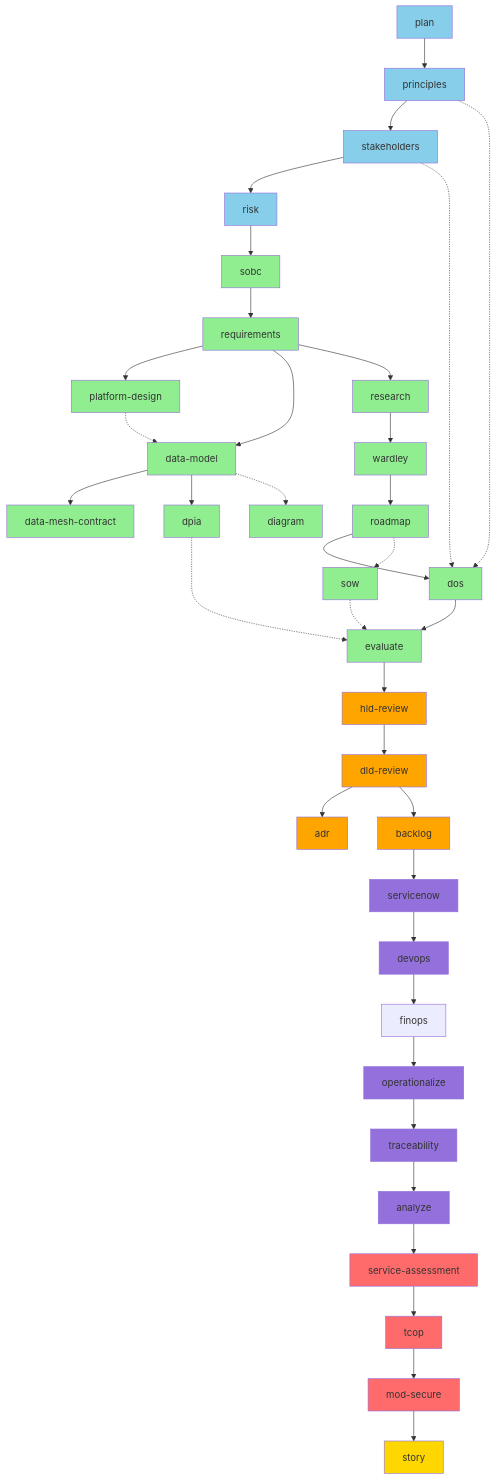
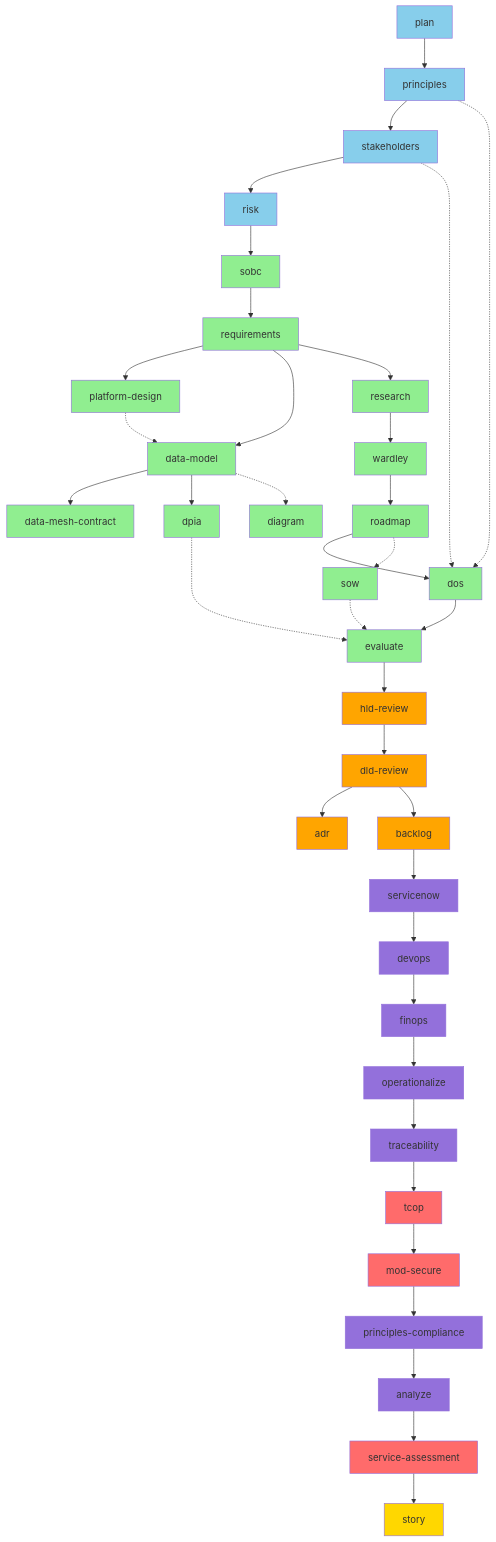
One commit to tractorjuice/arckit-test-project-v8-ons-data-platform changed the fourth of 9 diagrams in WORKFLOW-DIAGRAMS.md. Above: the diagram before and after it, drawn with Mermaid. The commit also changed other lines of this file and 1 other file, not shown here.

Commit message:
chore: sync DEPENDENCY-MATRIX.md and WORKFLOW-DIAGRAMS.md from arc-kit

````diff
--- a/WORKFLOW-DIAGRAMS.md
+++ b/WORKFLOW-DIAGRAMS.md
@@ -351,15 +360,16 @@
     V1 --> V1a[finops]
     V1a --> V2[operationalize]
     V2 --> W[traceability]
-    W --> X[analyze]
 
     %% Tier 10: MOD Compliance
+    W --> W1[tcop]
+    W1 --> W2[mod-secure]
+    W2 --> W3[principles-compliance]
+    W3 --> X[analyze]
     X --> Y[service-assessment]
-    Y --> Y1[tcop]
-    Y1 --> Y2[mod-secure]
 
     %% Tier 11: Reporting
-    Y2 --> Z[story]
+    Y --> Z[story]
 
     style A fill:#87CEEB
     style B fill:#87CEEB
@@ -384,11 +394,13 @@
     style U fill:#90EE90
     style V fill:#9370DB
     style V1 fill:#9370DB
+    style V1a fill:#9370DB
     style V2 fill:#9370DB
     style W fill:#9370DB
+    style W1 fill:#FF6B6B
+    style W2 fill:#FF6B6B
+    style W3 fill:#9370DB
     style X fill:#9370DB
     style Y fill:#FF6B6B
-    style Y1 fill:#FF6B6B
-    style Y2 fill:#FF6B6B
     style Z fill:#FFD700
 ```
````
